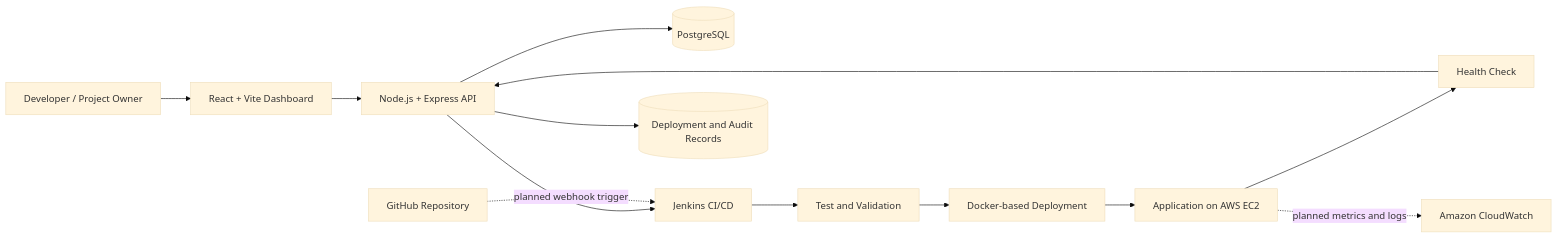
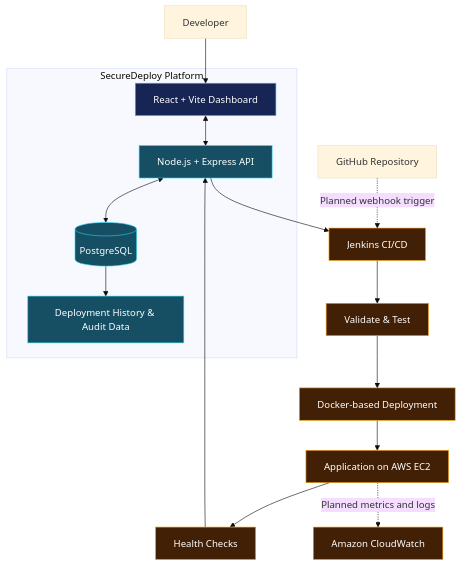
Before and after one commit to Spandanchoubey9/SecureDeploy: the first of 2 diagrams in README.md, drawn with Mermaid (base theme). The commit also changed other lines of this file, not shown here.

Commit message:
Updated SecureDeploy README

````diff
--- a/README.md
+++ b/README.md
@@ -34,15 +52,41 @@
 ```mermaid
-flowchart LR
-    U[Developer / Project Owner] --> UI[React + Vite Dashboard]
-    UI --> API[Node.js + Express API]
-    API --> DB[(PostgreSQL)]
-    API --> CI[Jenkins CI/CD]
-    GH[GitHub Repository] -. planned webhook trigger .-> CI
-    CI --> TEST[Test and Validation]
-    TEST --> DEPLOY[Docker-based Deployment]
-    DEPLOY --> APP[Application on AWS EC2]
-    APP --> HC[Health Check]
-    HC --> API
-    APP -. planned metrics and logs .-> CW[Amazon CloudWatch]
-    API --> AUDIT[(Deployment and Audit Records)]
+flowchart TB
+    DEV["Developer"]
+    GH["GitHub Repository"]
+
+    subgraph PLATFORM["SecureDeploy Platform"]
+        UI["React + Vite Dashboard"]
+        API["Node.js + Express API"]
+        DB[("PostgreSQL")]
+        HISTORY["Deployment History & Audit Data"]
+
+        UI <--> API
+        API <--> DB
+        DB --> HISTORY
+    end
+
+    CI["Jenkins CI/CD"]
+    VALIDATE["Validate & Test"]
+    DEPLOY["Docker-based Deployment"]
+    APP["Application on AWS EC2"]
+    HEALTH["Health Checks"]
+    CW["Amazon CloudWatch"]
+
+    DEV --> UI
+    API --> CI
+    CI --> VALIDATE
+    VALIDATE --> DEPLOY
+    DEPLOY --> APP
+    APP --> HEALTH
+    HEALTH --> API
+
+    GH -. "Planned webhook trigger" .-> CI
+    APP -. "Planned metrics and logs" .-> CW
+
+    classDef frontend fill:#172554,stroke:#60A5FA,color:#FFFFFF
+    classDef backend fill:#164E63,stroke:#22D3EE,color:#FFFFFF
+    classDef infrastructure fill:#422006,stroke:#F59E0B,color:#FFFFFF
+    class UI frontend
+    class API,DB,HISTORY backend
+    class CI,VALIDATE,DEPLOY,APP,HEALTH,CW infrastructure
 ```
````
